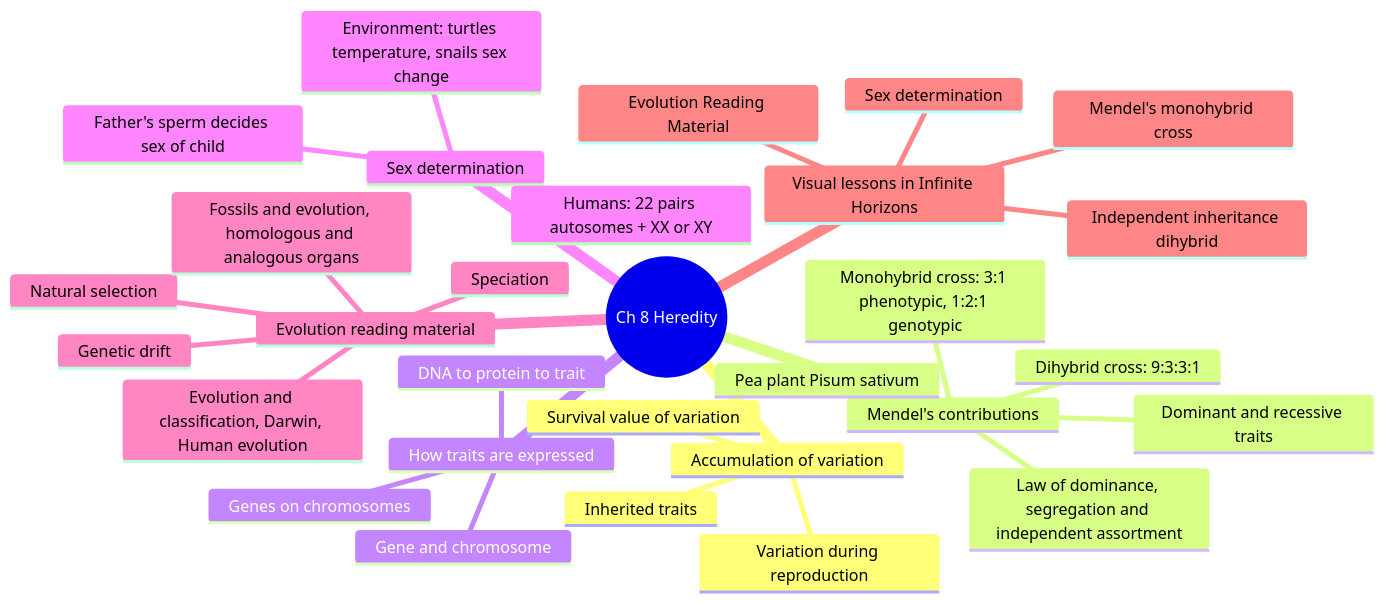
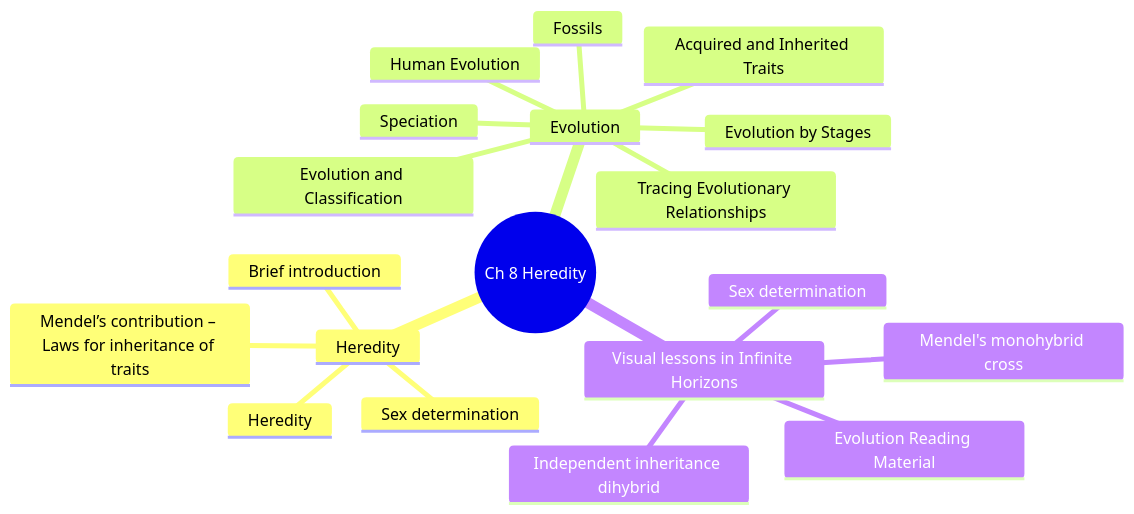
One commit to anveshix/ifinite-horizon changed diagram 20 of 25 in docs/CHAPTER_MINDMAPS.md. Above: the diagram before and after it, drawn with Mermaid. The commit also changed other lines of this file and 22 other files, not shown here.

First line of the commit message:
fix(mindmap): rebuild Class X deep maps from the CBSE 2026-27 PDF; correct formative-only scope (Evolution, Motor/EMI/Generator only); add PDF-derived inventory

````diff
--- a/docs/CHAPTER_MINDMAPS.md
+++ b/docs/CHAPTER_MINDMAPS.md
@@ -813,33 +693,22 @@
 ```mermaid
 mindmap
   root((Ch 8 Heredity))
-    Accumulation of variation
-      Variation during reproduction
-      Inherited traits
-      Survival value of variation
-    Mendel's contributions
-      Pea plant Pisum sativum
-      Monohybrid cross: 3:1 phenotypic, 1:2:1 genotypic
-      Dihybrid cross: 9:3:3:1
-      Dominant and recessive traits
-      Law of dominance, segregation and independent assortment
-    How traits are expressed
-      DNA to protein to trait
-      Genes on chromosomes
-      Gene and chromosome
-    Sex determination
-      Humans: 22 pairs autosomes + XX or XY
-      Father's sperm decides sex of child
-      Environment: turtles temperature, snails sex change
-    Evolution reading material
+    Heredity
+      Heredity
+      Mendel’s contribution – Laws for inheritance of traits
+      Sex determination
+      Brief introduction
+    Evolution
+      Acquired and Inherited Traits
       Speciation
-      Natural selection
-      Genetic drift
-      Fossils and evolution, homologous and analogous organs
-      Evolution and classification, Darwin, Human evolution
+      Evolution and Classification
+      Tracing Evolutionary Relationships
+      Fossils
+      Evolution by Stages
+      Human Evolution
     Visual lessons in Infinite Horizons
       Mendel's monohybrid cross
       Independent inheritance dihybrid
       Sex determination
       Evolution Reading Material
 ```
````
